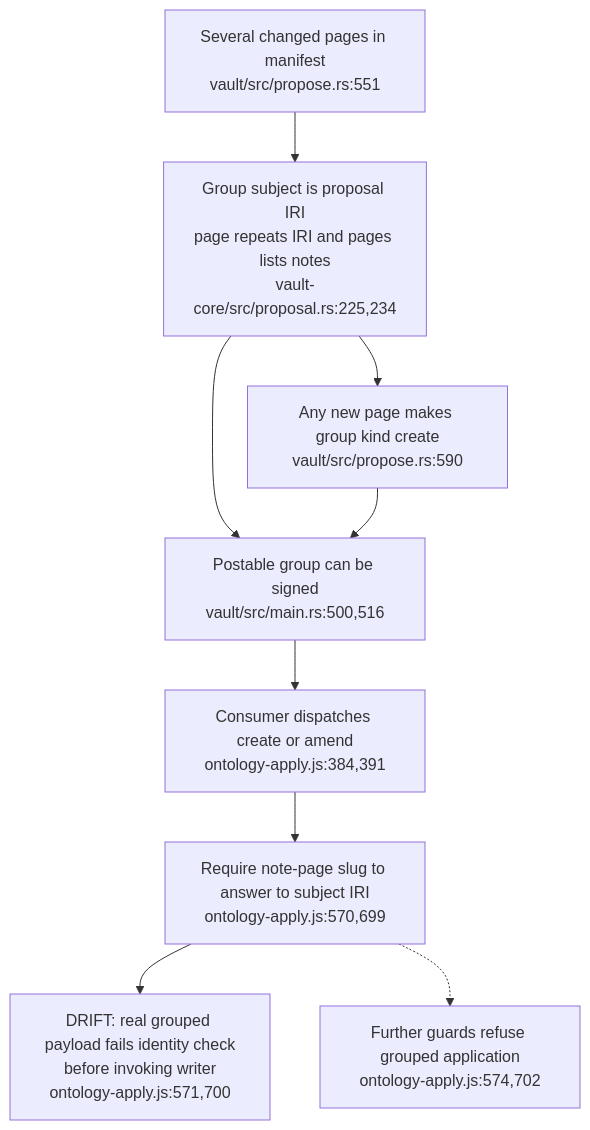
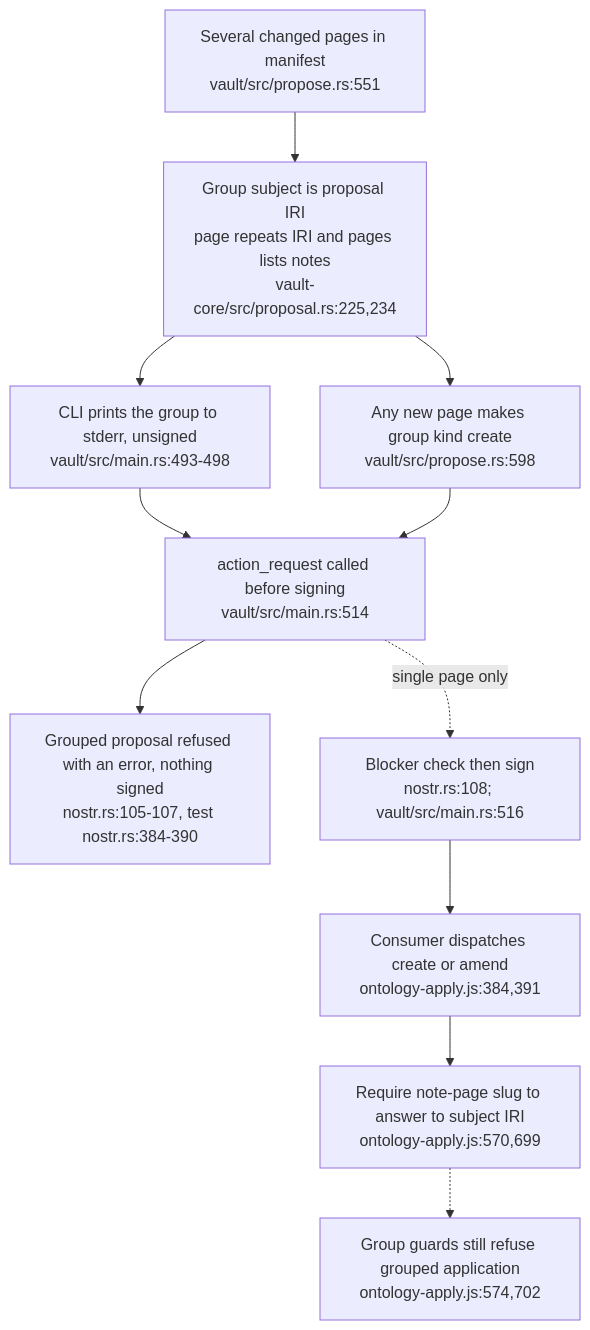
One commit to DreamLab-AI/VisionFlow changed the third of 4 diagrams in docs/diagrams/visionclaw/41-proposal-construction-and-consumer-scope.md. Above: the diagram before and after it, drawn with Mermaid. The commit also changed other lines of this file and 56 other files, not shown here.

First line of the commit message:
docs(diagrams): re-verify VisionClaw topics at ec785afa9, add VC-19/56/57 and the VisionClaw register

````diff
--- a/docs/diagrams/visionclaw/41-proposal-construction-and-consumer-scope.md
+++ b/docs/diagrams/visionclaw/41-proposal-construction-and-consumer-scope.md
@@ -68,11 +71,13 @@
 ```mermaid
 flowchart TD
     M["Several changed pages in manifest<br/>vault/src/propose.rs:551"] --> G["Group subject is proposal IRI<br/>page repeats IRI and pages lists notes<br/>vault-core/src/proposal.rs:225,234"]
-    G --> K["Any new page makes group kind create<br/>vault/src/propose.rs:590"]
-    G --> S["Postable group can be signed<br/>vault/src/main.rs:500,516"]
-    K --> S
+    G --> K["Any new page makes group kind create<br/>vault/src/propose.rs:598"]
+    G --> NOTE["CLI prints the group to stderr, unsigned<br/>vault/src/main.rs:493-498"]
+    NOTE --> AR["action_request called before signing<br/>vault/src/main.rs:514"]
+    K --> AR
+    AR --> REF["Grouped proposal refused with an error, nothing signed<br/>nostr.rs:105-107, test nostr.rs:384-390"]
+    AR -.->|single page only| S["Blocker check then sign<br/>nostr.rs:108; vault/src/main.rs:516"]
     S --> A["Consumer dispatches create or amend<br/>ontology-apply.js:384,391"]
     A --> F["Require note-page slug to answer to subject IRI<br/>ontology-apply.js:570,699"]
-    F --> X["DRIFT: real grouped payload fails identity check<br/>before invoking writer<br/>ontology-apply.js:571,700"]
-    F -.-> N["Further guards refuse grouped application<br/>ontology-apply.js:574,702"]
+    F -.-> N["Group guards still refuse grouped application<br/>ontology-apply.js:574,702"]
 ```
````
